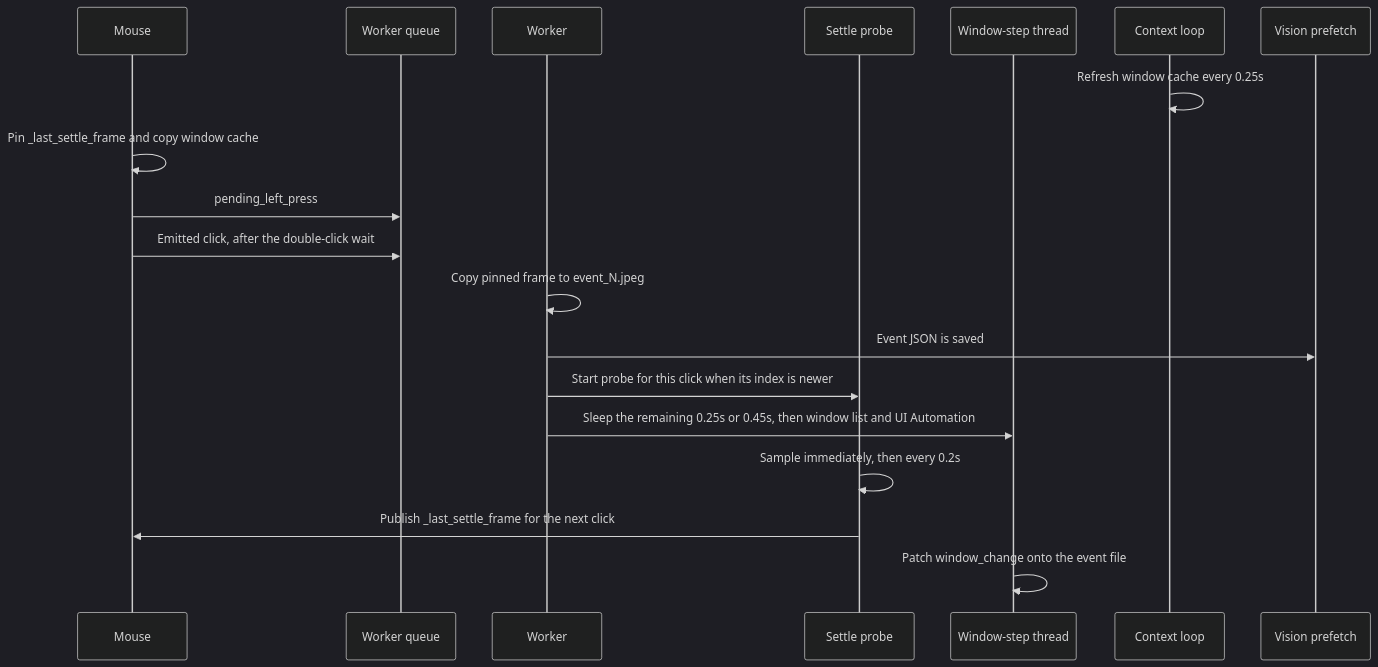
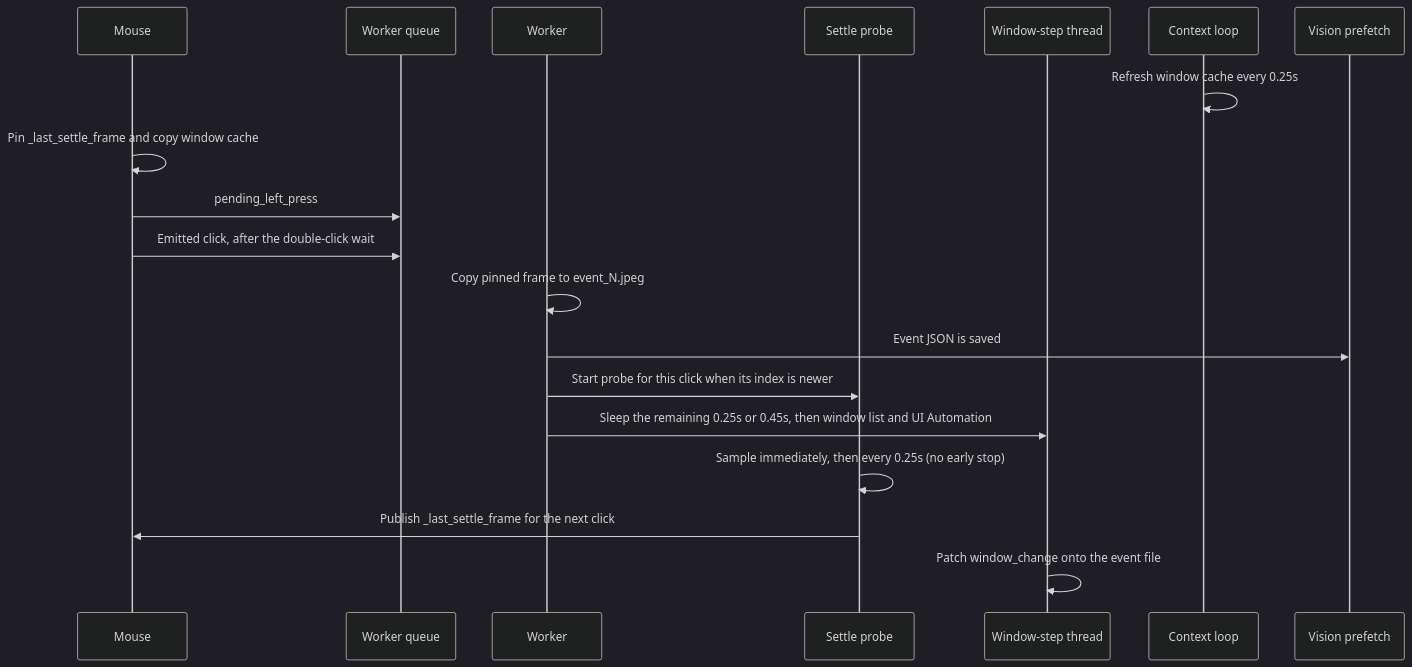
Before and after one commit to josephorng/QualityAssuranceAgent: the second of 2 diagrams in RECORDING_LOOPS.md, drawn with Mermaid (dark theme). The commit also changed other lines of this file and 3 other files, not shown here.

````diff
--- a/RECORDING_LOOPS.md
+++ b/RECORDING_LOOPS.md
@@ -111,22 +111,22 @@
 ```mermaid
 sequenceDiagram
   participant Mouse
   participant Queue as Worker queue
   participant Worker
   participant Probe as Settle probe
   participant WindowStep as Window-step thread
   participant Context as Context loop
   participant Vision as Vision prefetch
 
   Context->>Context: Refresh window cache every 0.25s
   Mouse->>Mouse: Pin _last_settle_frame and copy window cache
   Mouse->>Queue: pending_left_press
   Mouse->>Queue: Emitted click, after the double-click wait
   Worker->>Worker: Copy pinned frame to event_N.jpeg
   Worker->>Vision: Event JSON is saved
   Worker->>Probe: Start probe for this click when its index is newer
   Worker->>WindowStep: Sleep the remaining 0.25s or 0.45s, then window list and UI Automation
-  Probe->>Probe: Sample immediately, then every 0.2s
+  Probe->>Probe: Sample immediately, then every 0.25s (no early stop)
   Probe->>Mouse: Publish _last_settle_frame for the next click
   WindowStep->>WindowStep: Patch window_change onto the event file
 ```
````
